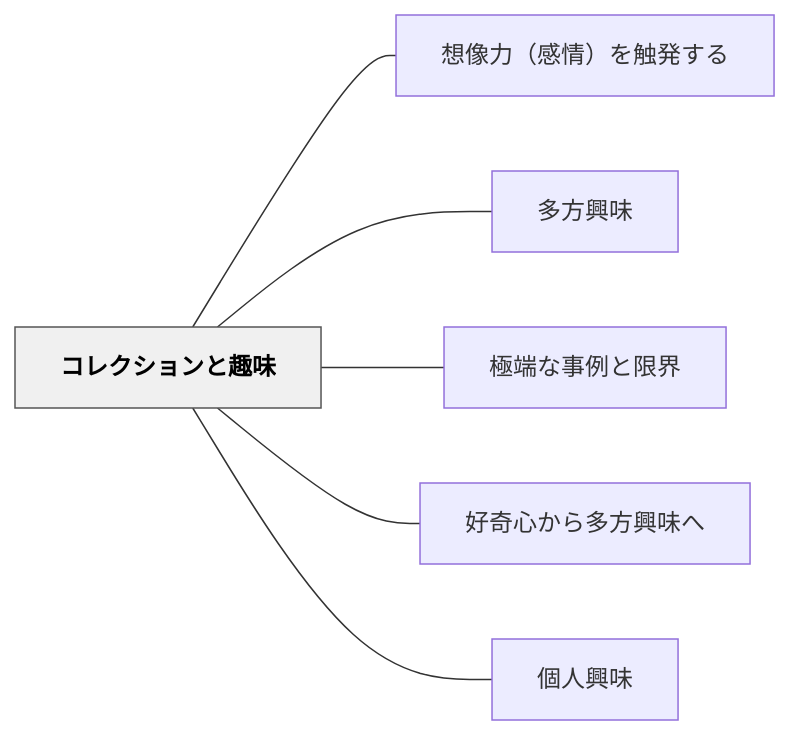
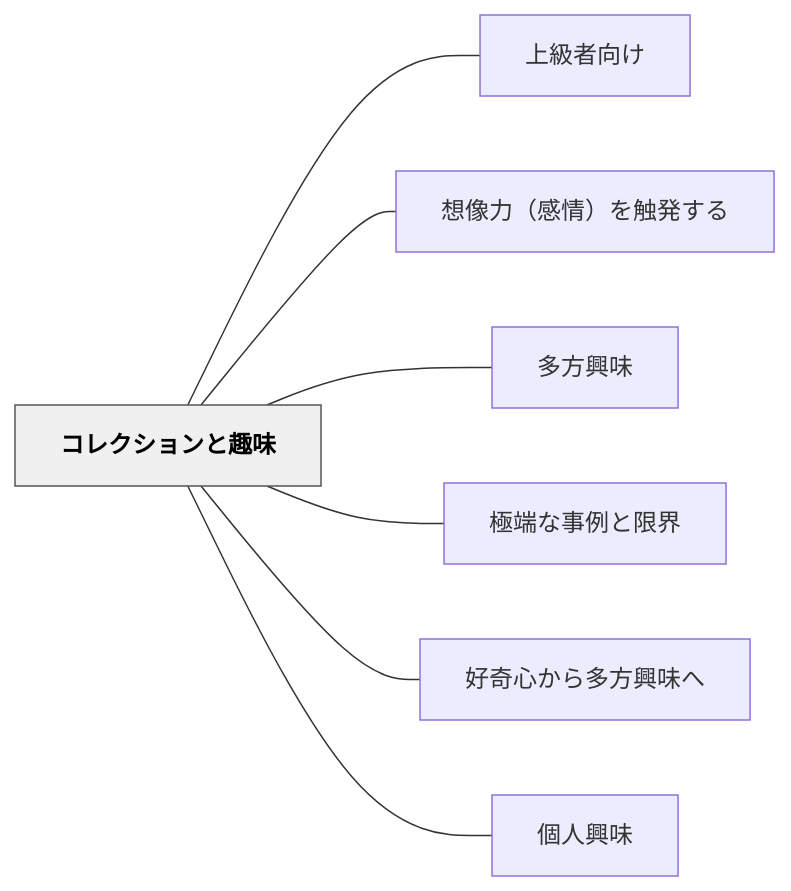
One commit to unknownthings-ed-patterns/unknownthings-ed-patterns changed the diagram in content/パタン/コレクションと趣味.md. Above: the diagram before and after it, drawn with Mermaid. The commit also changed other lines of this file and 473 other files, not shown here.

````diff
--- a/content/パタン/コレクションと趣味.md
+++ b/content/パタン/コレクションと趣味.md
@@ -56,18 +57,20 @@
 ```mermaid
 flowchart LR
     ne382b3e383ac["コレクションと趣味"]
+    ne4b88ae7b49a["上級者向け"]
     ne683b3e5838f["想像力（感情）を触発する"]
     ne5a49ae696b9["多方興味"]
     ne6a5b5e7abaf["極端な事例と限界"]
     ne5a5bde5a587["好奇心から多方興味へ"]
     ne5808be4baba["個人興味"]
 
+    ne382b3e383ac --- ne4b88ae7b49a
     ne382b3e383ac --- ne683b3e5838f
     ne382b3e383ac --- ne5a49ae696b9
     ne382b3e383ac --- ne6a5b5e7abaf
     ne382b3e383ac --- ne5a5bde5a587
     ne382b3e383ac --- ne5808be4baba
 
     classDef hub fill:#f0f0f0,stroke:#555,color:#000,font-weight:bold
     class ne382b3e383ac hub
 ```
````
